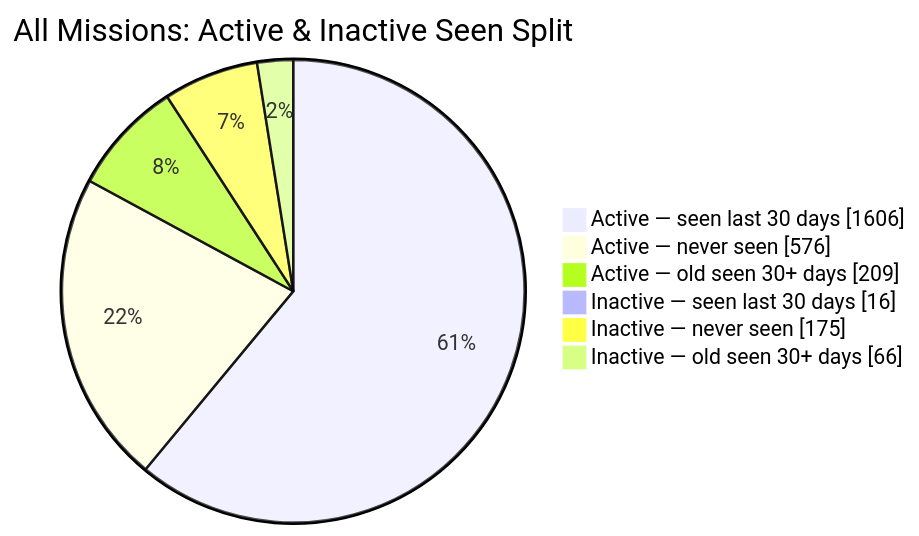
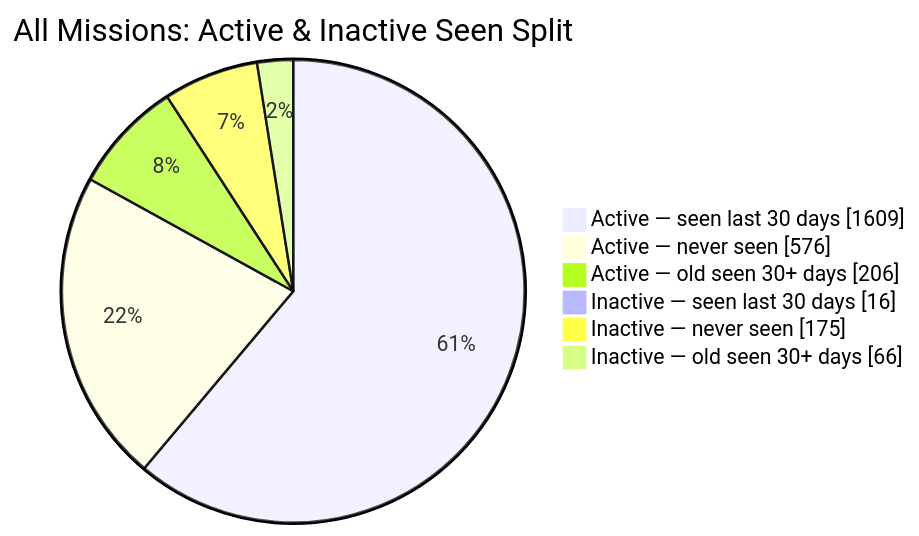
The second of 2 diagrams in README.md (MeldkamerspelGameTeam/active-missions), drawn with Mermaid before and after one commit. The commit also changed other lines of this file and 2 other files, not shown here.

````diff
--- a/README.md
+++ b/README.md
@@ -44,10 +44,10 @@
 ```mermaid
 pie showData
     title All Missions: Active & Inactive Seen Split
-    "Active — seen last 30 days" : 1606
+    "Active — seen last 30 days" : 1609
     "Active — never seen" : 576
-    "Active — old seen 30+ days" : 209
+    "Active — old seen 30+ days" : 206
     "Inactive — seen last 30 days" : 16
     "Inactive — never seen" : 175
     "Inactive — old seen 30+ days" : 66
 ```
````
